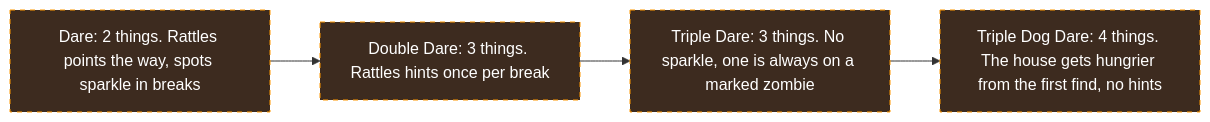
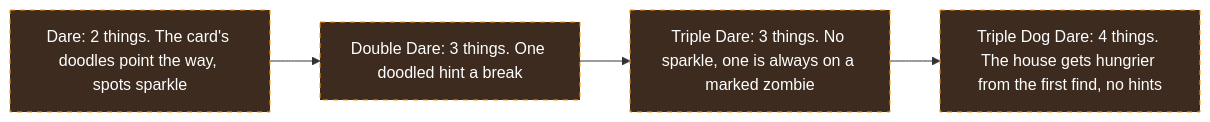
The sixth of 7 diagrams in FLOW.md (Tanner-Scadden/munch-manor), drawn with Mermaid before and after one commit. The commit also changed other lines of this file and 2 other files, not shown here.

````diff
--- a/FLOW.md
+++ b/FLOW.md
@@ -191,8 +209,8 @@
 ```mermaid
 flowchart LR
-  easy[Dare: 2 things. Rattles points the way, spots sparkle in breaks]:::proposed --> normal[Double Dare: 3 things. Rattles hints once per break]:::proposed
+  easy[Dare: 2 things. The card's doodles point the way, spots sparkle]:::proposed --> normal[Double Dare: 3 things. One doodled hint a break]:::proposed
   normal --> hard[Triple Dare: 3 things. No sparkle, one is always on a marked zombie]:::proposed
   hard --> nightmare[Triple Dog Dare: 4 things. The house gets hungrier from the first find, no hints]:::proposed
 
   classDef proposed fill:#3d2b1f,stroke:#ff9800,color:#fff,stroke-dasharray: 5 5
 ```
````
